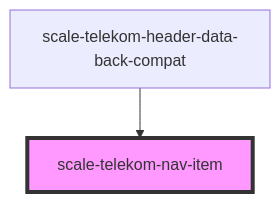
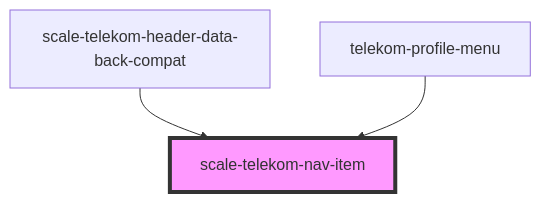
Before and after one commit to telekom/scale: the diagram in packages/components/src/components/telekom/telekom-nav-item/readme.md, drawn with Mermaid. The commit also changed other lines of this file and 33 other files, not shown here.

First line of the commit message:
feat(telekom-profile-menu): WIP (#2208)

````diff
--- a/packages/components/src/components/telekom/telekom-nav-item/readme.md
+++ b/packages/components/src/components/telekom/telekom-nav-item/readme.md
@@ -26,5 +27,6 @@
 ```mermaid
 graph TD;
   scale-telekom-header-data-back-compat --> scale-telekom-nav-item
+  telekom-profile-menu --> scale-telekom-nav-item
   style scale-telekom-nav-item fill:#f9f,stroke:#333,stroke-width:4px
 ```
````
